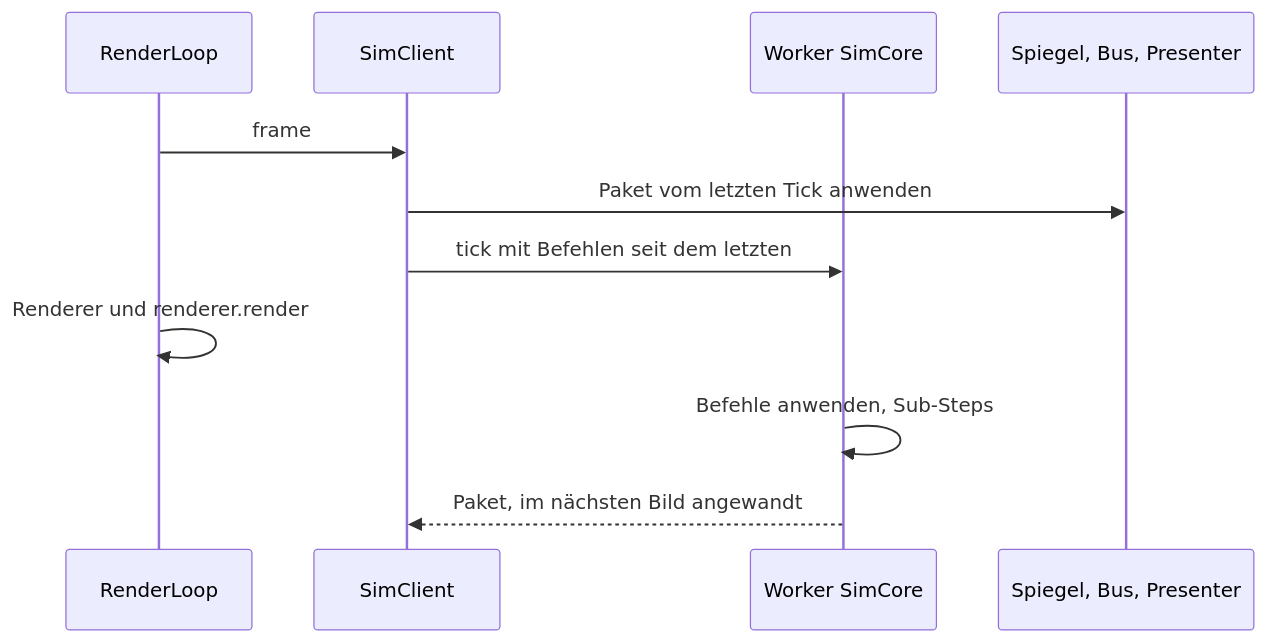
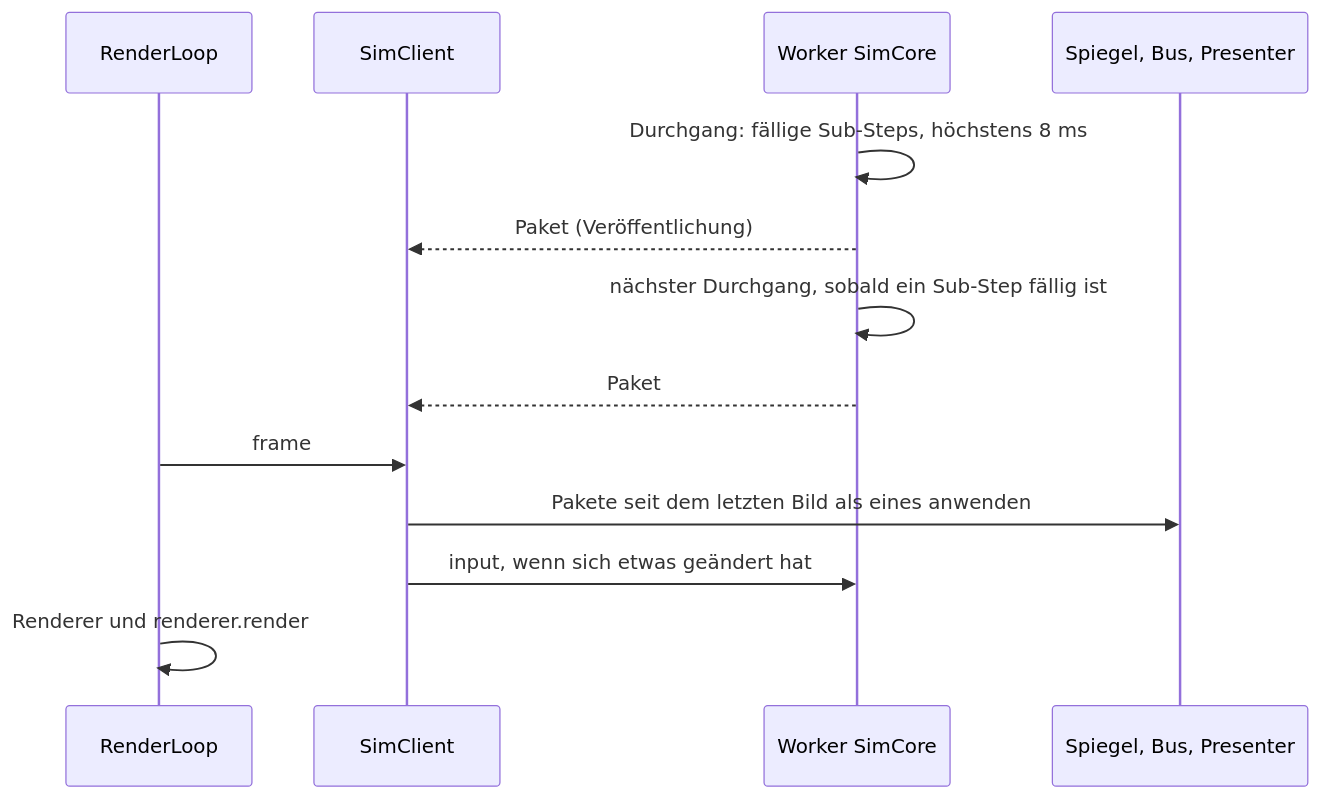
Before and after one commit to ingel81/3dtd: the second of 2 diagrams in docs/SIM_WORKER.md, drawn with Mermaid. The commit also changed other lines of this file and 27 other files, not shown here.

````diff
--- a/docs/SIM_WORKER.md
+++ b/docs/SIM_WORKER.md
@@ -51,13 +52,15 @@
 ```mermaid
 sequenceDiagram
   participant R as RenderLoop
   participant C as SimClient
   participant W as Worker SimCore
   participant P as Spiegel, Bus, Presenter
+  W->>W: Durchgang: fällige Sub-Steps, höchstens 8 ms
+  W-->>C: Paket (Veröffentlichung)
+  W->>W: nächster Durchgang, sobald ein Sub-Step fällig ist
+  W-->>C: Paket
   R->>C: frame
-  C->>P: Paket vom letzten Tick anwenden
-  C->>W: tick mit Befehlen seit dem letzten
+  C->>P: Pakete seit dem letzten Bild als eines anwenden
+  C->>W: input, wenn sich etwas geändert hat
   R->>R: Renderer und renderer.render
-  W->>W: Befehle anwenden, Sub-Steps
-  W-->>C: Paket, im nächsten Bild angewandt
 ```
````
